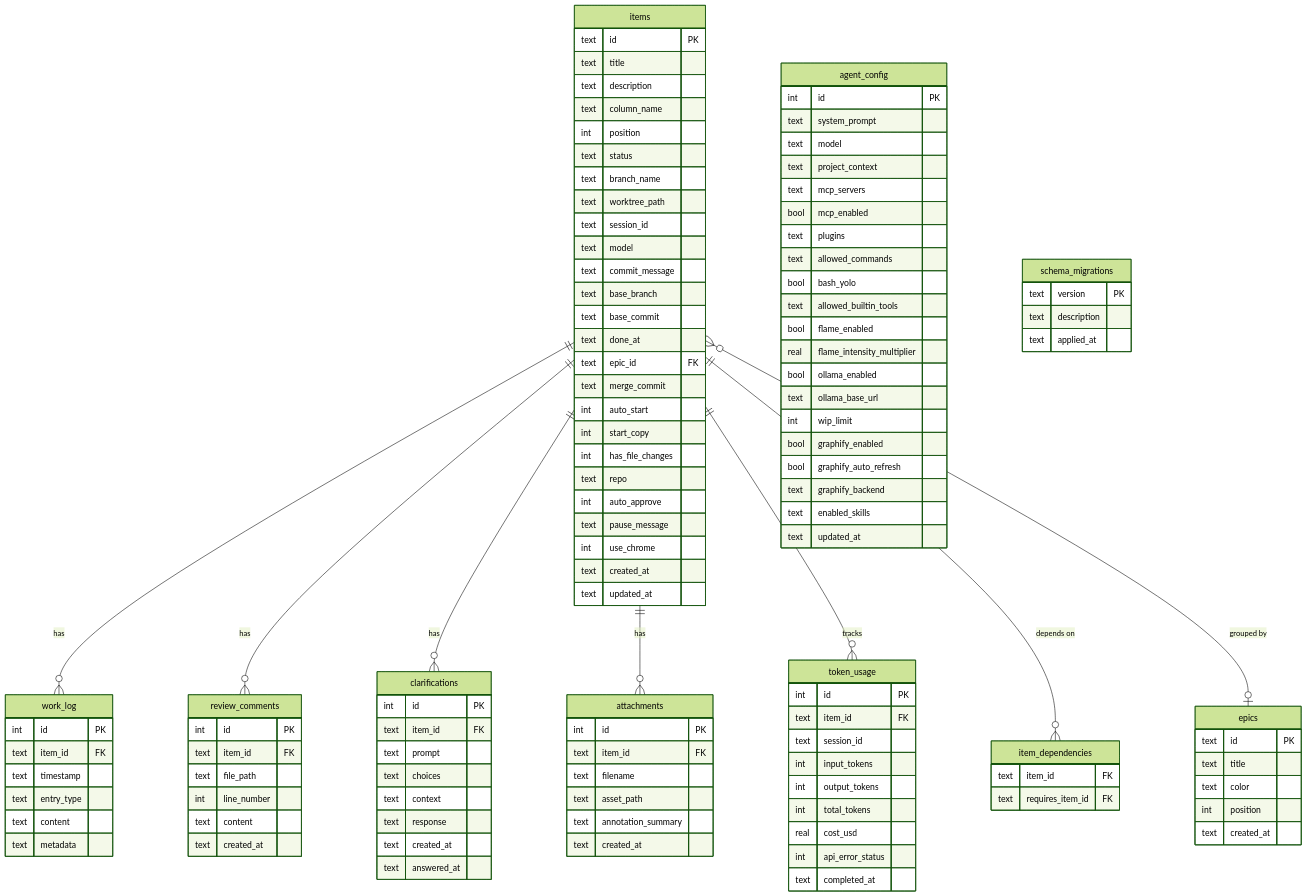
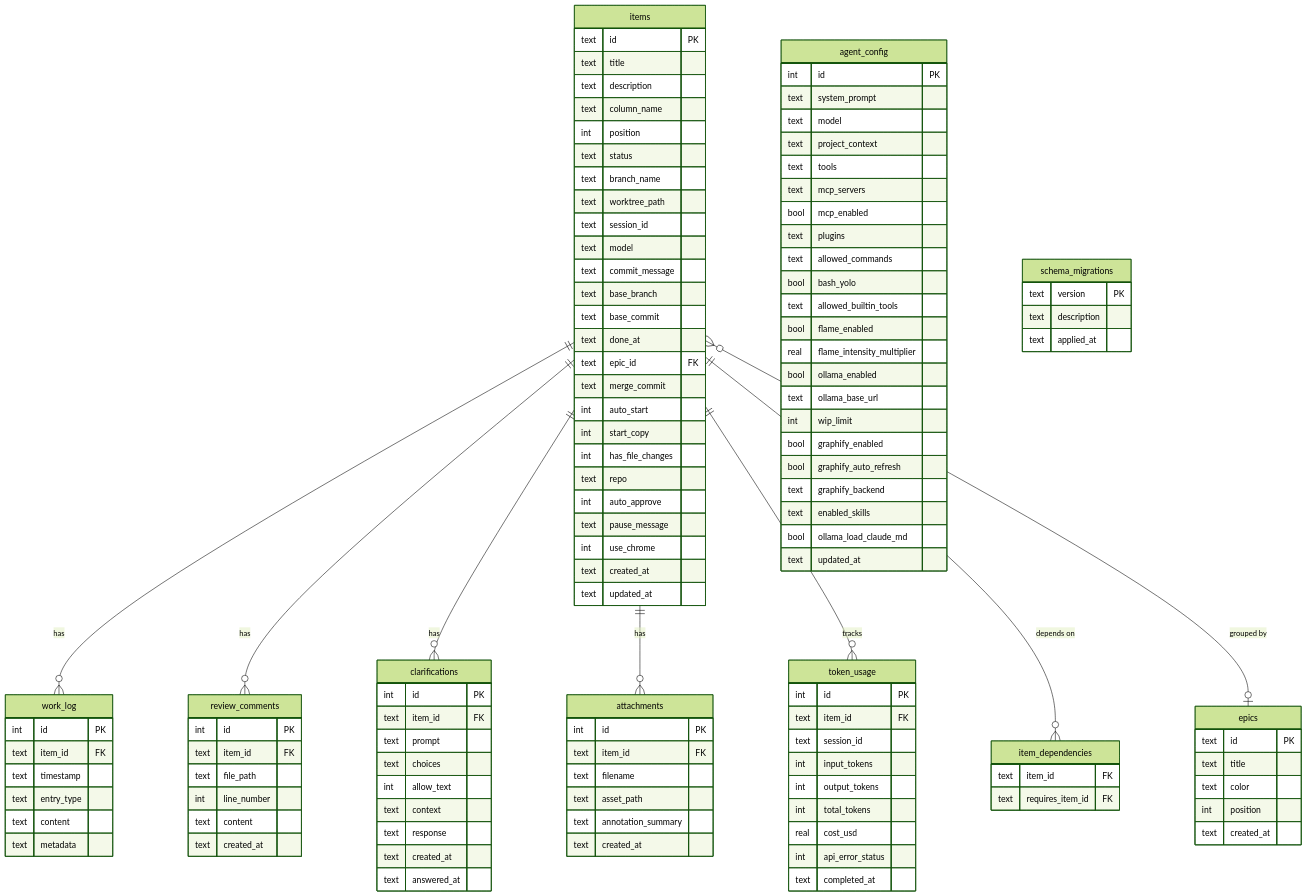
One commit to epatel/claude-agents-dashboard changed the fourth of 4 diagrams in README.md. Above: the diagram before and after it, drawn with Mermaid (forest theme). The commit also changed other lines of this file and 17 other files, not shown here.

```diff
--- a/README.md
+++ b/README.md
@@ -357,6 +420,7 @@
         text system_prompt
         text model
         text project_context
+        text tools
         text mcp_servers
         bool mcp_enabled
         text plugins
@@ -372,6 +436,7 @@
         bool graphify_auto_refresh
         text graphify_backend
         text enabled_skills
+        bool ollama_load_claude_md
         text updated_at
     }
 
@@ -380,6 +445,7 @@
         text item_id FK
         text prompt
         text choices
+        int allow_text
         text context
         text response
         text created_at
```
